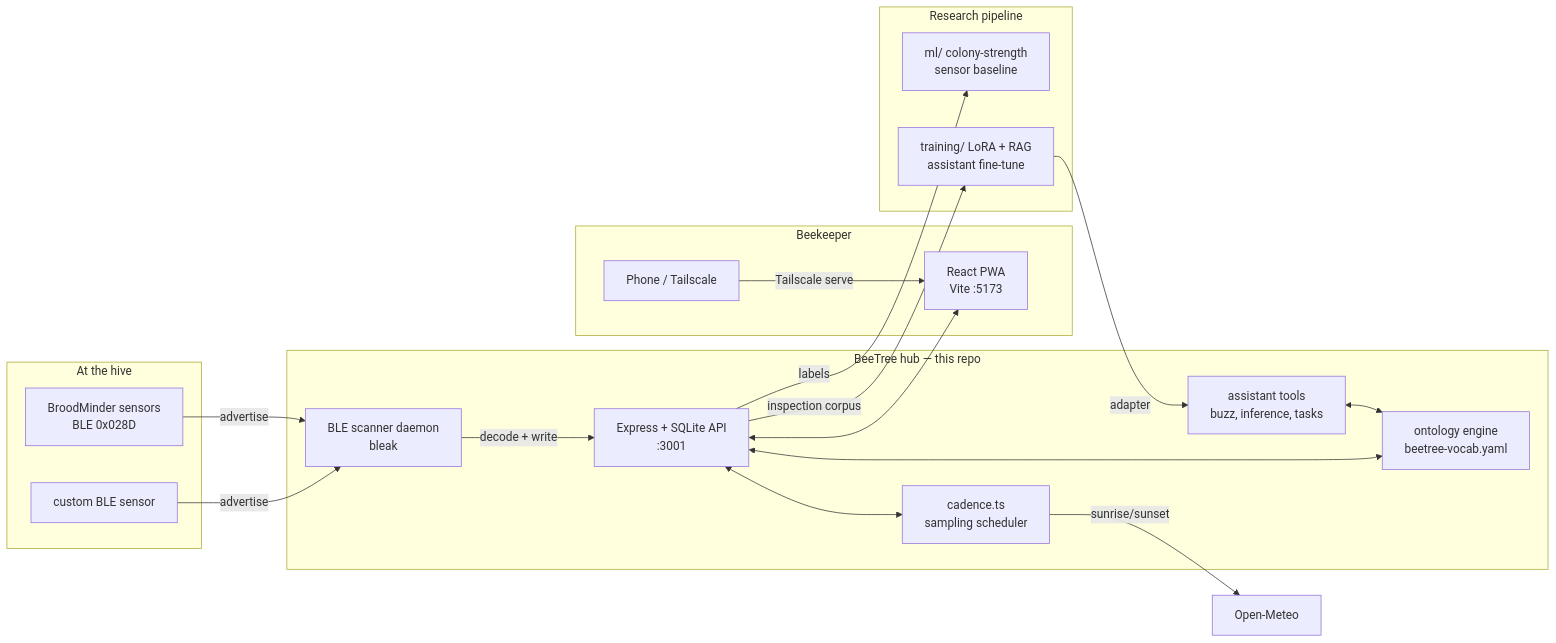
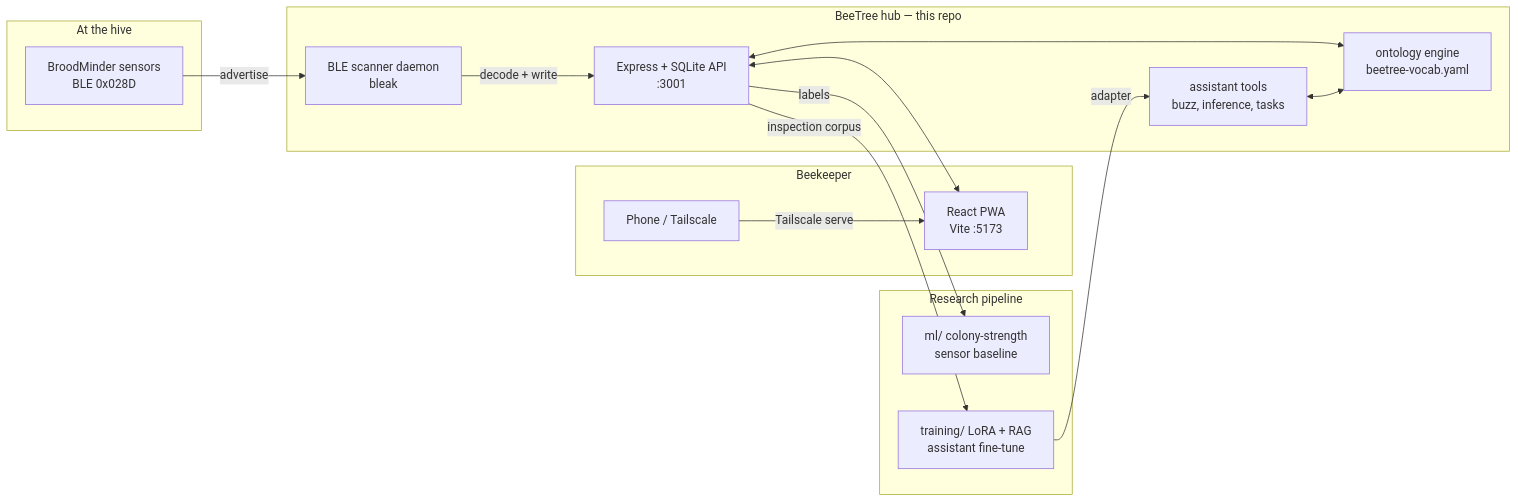
One commit to shields-farm/beetree changed the diagram in README.md. Above: the diagram before and after it, drawn with Mermaid. The commit also changed 5 other files, not shown here.

````diff
--- a/README.md
+++ b/README.md
@@ -27,38 +27,33 @@
 ```mermaid
 flowchart LR
     subgraph HIVE [At the hive]
-        BS[custom BLE sensor]
         BM[BroodMinder sensors<br/>BLE 0x028D]
     end
 
     subgraph HUB [BeeTree hub — this repo]
         SCAN[BLE scanner daemon<br/>bleak]
         API[Express + SQLite API<br/>:3001]
-        CAD[cadence.ts<br/>sampling scheduler]
         ONT[ontology engine<br/>beetree-vocab.yaml]
         ASSIST[assistant tools<br/>buzz, inference, tasks]
     end
 
     subgraph CLIENT [Beekeeper]
         UI[React PWA<br/>Vite :5173]
         PH[Phone / Tailscale]
     end
 
     subgraph RESEARCH [Research pipeline]
         ML[ml/ colony-strength<br/>sensor baseline]
         TR[training/ LoRA + RAG<br/>assistant fine-tune]
     end
 
-    BS -- "advertise" --> SCAN
     BM -- "advertise" --> SCAN
     SCAN -- "decode + write" --> API
-    API <--> CAD
-    CAD -- "sunrise/sunset" --> WX[Open-Meteo]
     API <--> ONT
     ASSIST <--> ONT
     API <--> UI
     PH -- "Tailscale serve" --> UI
     API -- "labels" --> ML
     API -- "inspection corpus" --> TR
     TR -- "adapter" --> ASSIST
 ```
````
